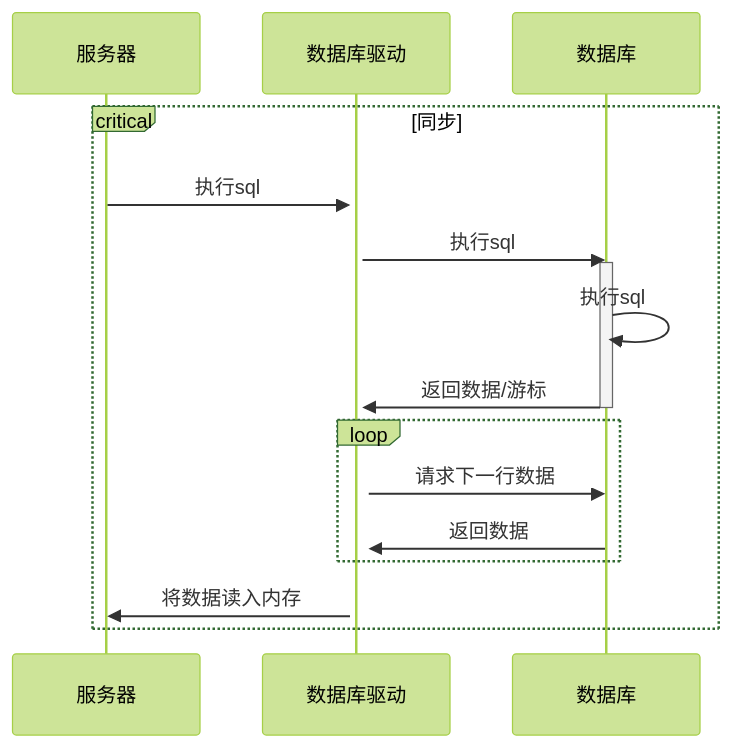
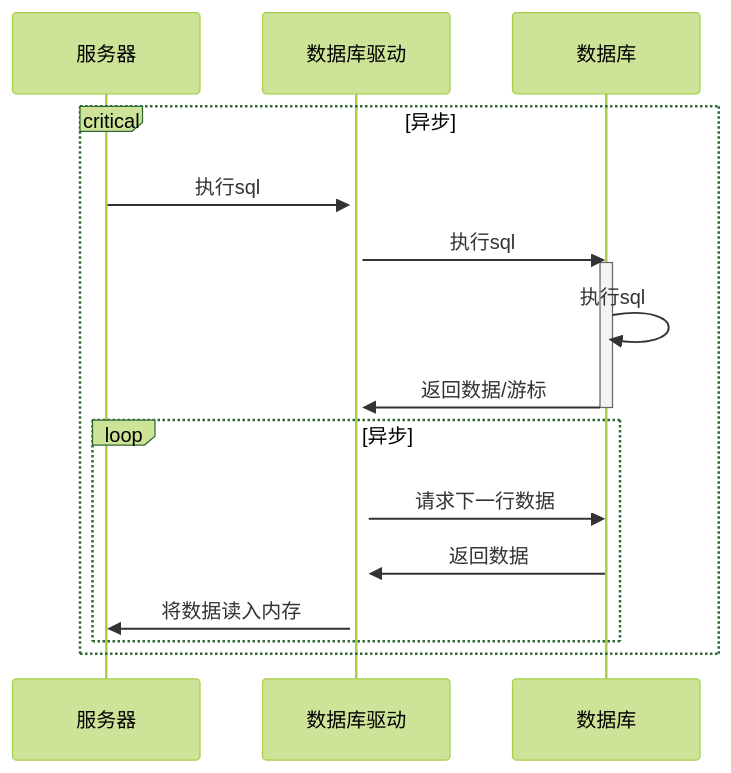
Before and after one commit to HY-10-8/iodraw-files: the diagram in all/AI-服务查询数据.md, drawn with Mermaid (forest theme).

Commit message:
2025-11-27 17:59:59 update

````diff
--- a/all/AI-服务查询数据.md
+++ b/all/AI-服务查询数据.md
@@ -1,21 +1,22 @@
 ```mermaid
 sequenceDiagram
     
-    critical 同步
+
+
+    critical 异步
         服务器->>+数据库驱动: 执行sql
         数据库驱动->>数据库:执行sql
 
         activate 数据库
         数据库->>数据库: 执行sql
         数据库->>+数据库驱动: 返回数据/游标
         deactivate 数据库
 
-        loop 
+        loop 异步
             数据库驱动->>数据库: 请求下一行数据
             数据库->>数据库驱动: 返回数据
+            数据库驱动->>服务器: 将数据读入内存
         end
-        数据库驱动->>服务器: 将数据读入内存
     end
 
-
 ```
````
